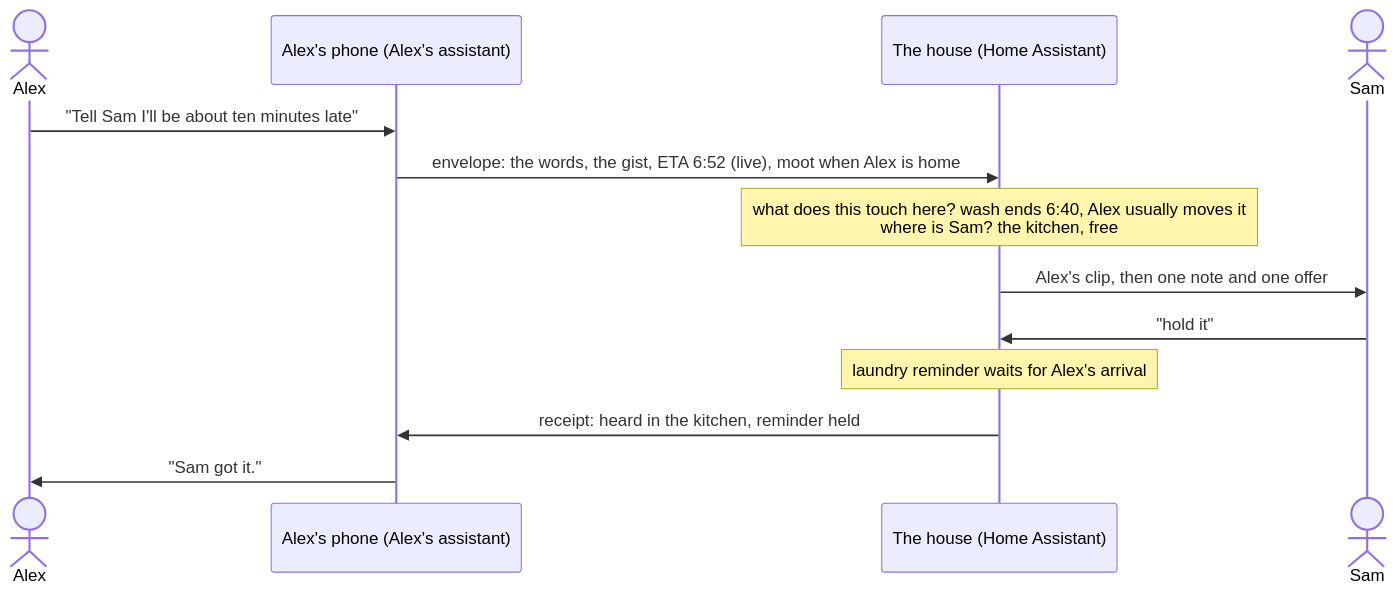
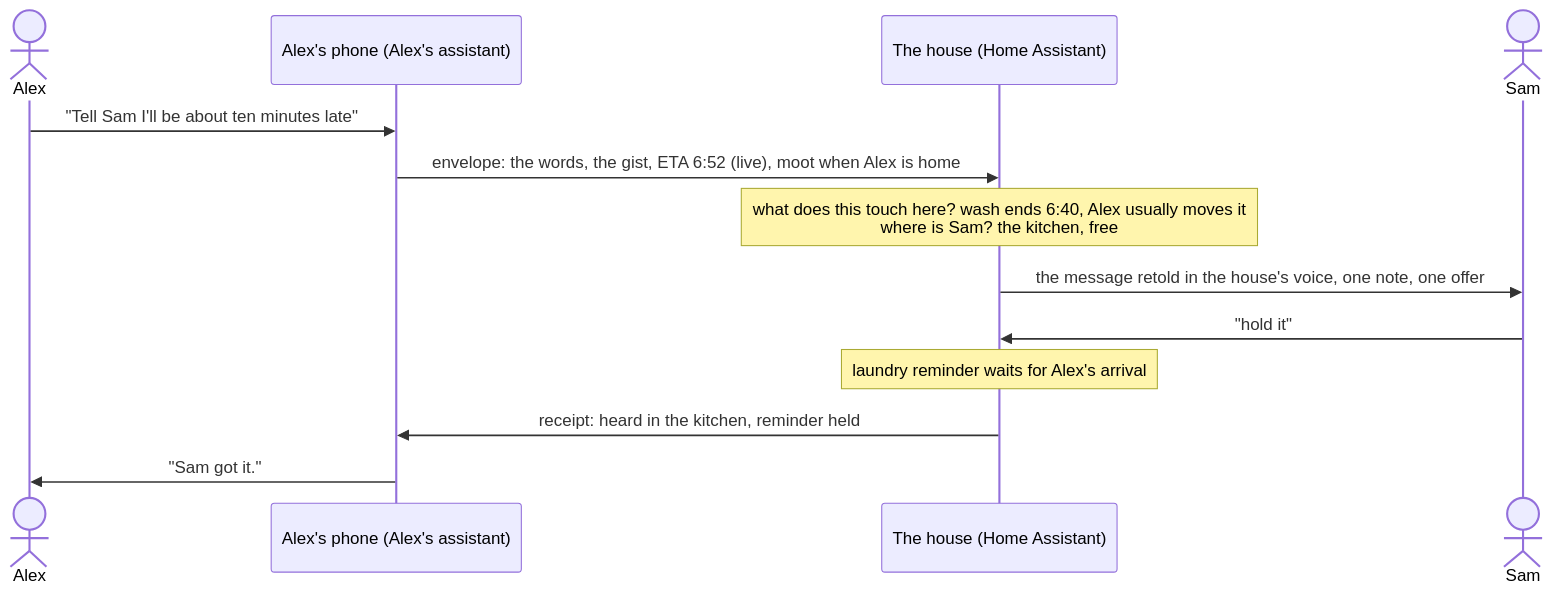
The diagram in docs/agent-messages.md (theSiegs/Hearth), drawn with Mermaid before and after one commit. The commit also changed other lines of this file, not shown here.

First line of the commit message:
docs(pigeon): the house retells a message in its own voice

````diff
--- a/docs/agent-messages.md
+++ b/docs/agent-messages.md
@@ -23,15 +24,15 @@
 ```mermaid
 sequenceDiagram
     actor Alex
     participant P as Alex's phone (Alex's assistant)
     participant H as The house (Home Assistant)
     actor Sam
     Alex->>P: "Tell Sam I'll be about ten minutes late"
     P->>H: envelope: the words, the gist, ETA 6:52 (live), moot when Alex is home
     Note over H: what does this touch here? wash ends 6:40, Alex usually moves it<br/>where is Sam? the kitchen, free
-    H->>Sam: Alex's clip, then one note and one offer
+    H->>Sam: the message retold in the house's voice, one note, one offer
     Sam->>H: "hold it"
     Note over H: laundry reminder waits for Alex's arrival
     H->>P: receipt: heard in the kitchen, reminder held
     P->>Alex: "Sam got it."
 ```
````
